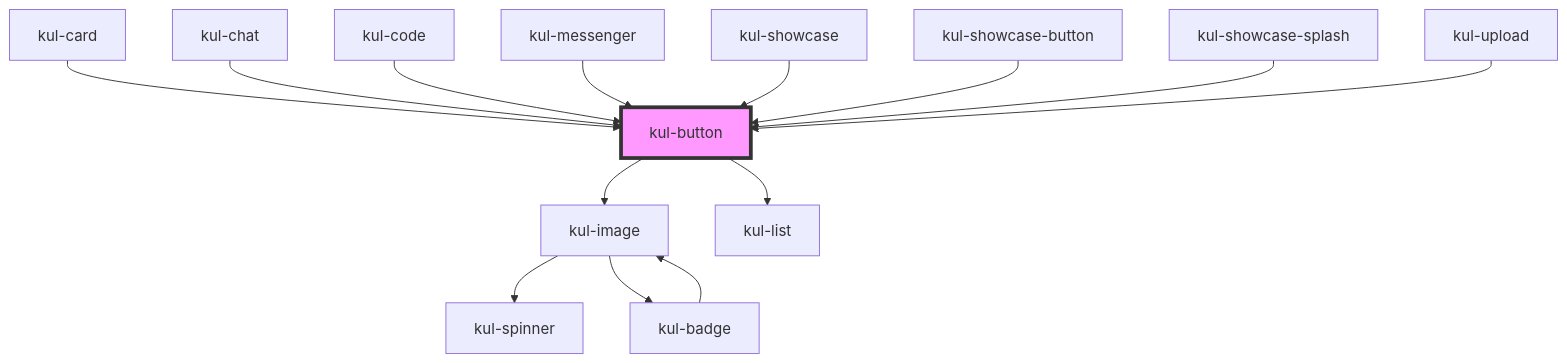
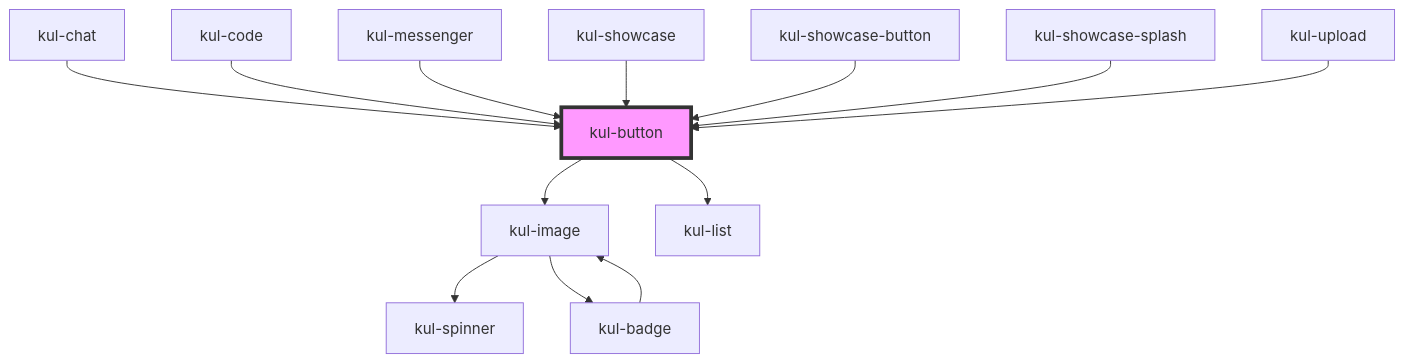
Before and after one commit to lucafoscili/ketchup-lite: the diagram in packages/ketchup-lite/src/components/kul-button/readme.md, drawn with Mermaid. The commit also changed other lines of this file and 40 other files, not shown here.

````diff
--- a/packages/ketchup-lite/src/components/kul-button/readme.md
+++ b/packages/ketchup-lite/src/components/kul-button/readme.md
@@ -141,17 +158,16 @@
 ```mermaid
 graph TD;
   kul-button --> kul-image
   kul-button --> kul-list
   kul-image --> kul-spinner
   kul-image --> kul-badge
   kul-badge --> kul-image
-  kul-card --> kul-button
   kul-chat --> kul-button
   kul-code --> kul-button
   kul-messenger --> kul-button
   kul-showcase --> kul-button
   kul-showcase-button --> kul-button
   kul-showcase-splash --> kul-button
   kul-upload --> kul-button
   style kul-button fill:#f9f,stroke:#333,stroke-width:4px
 ```
````
